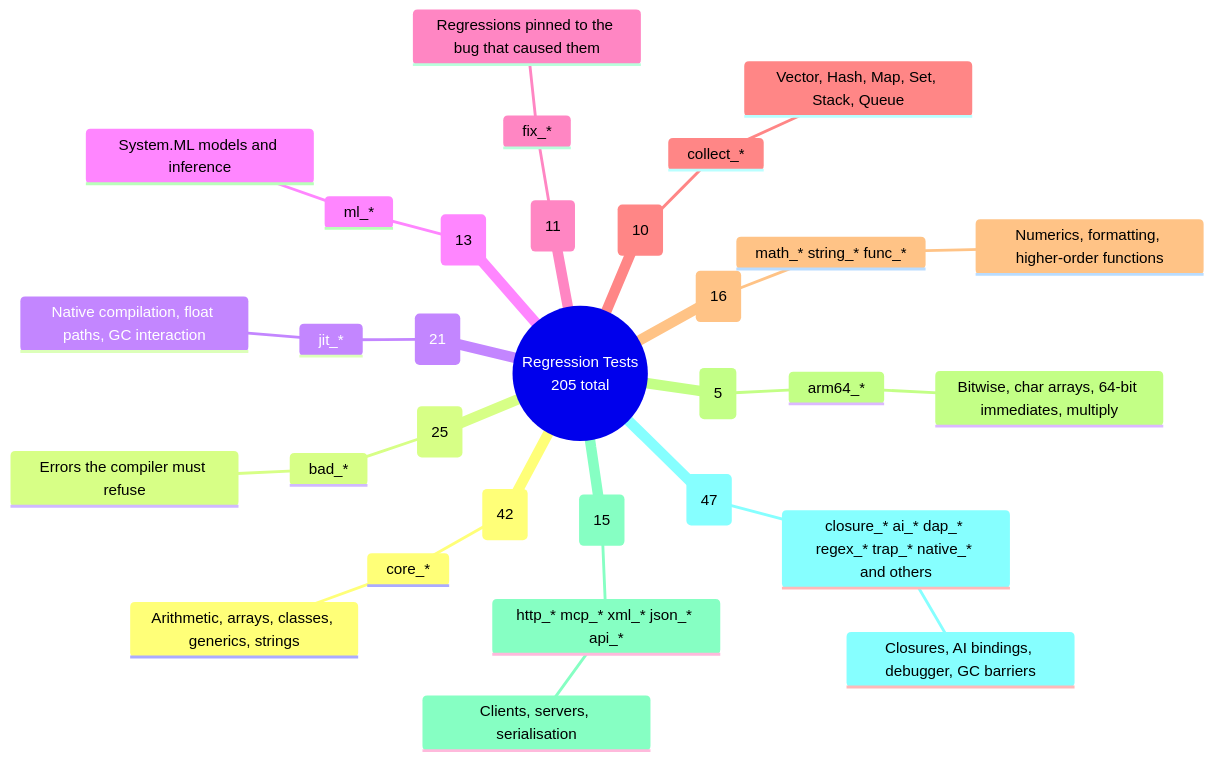
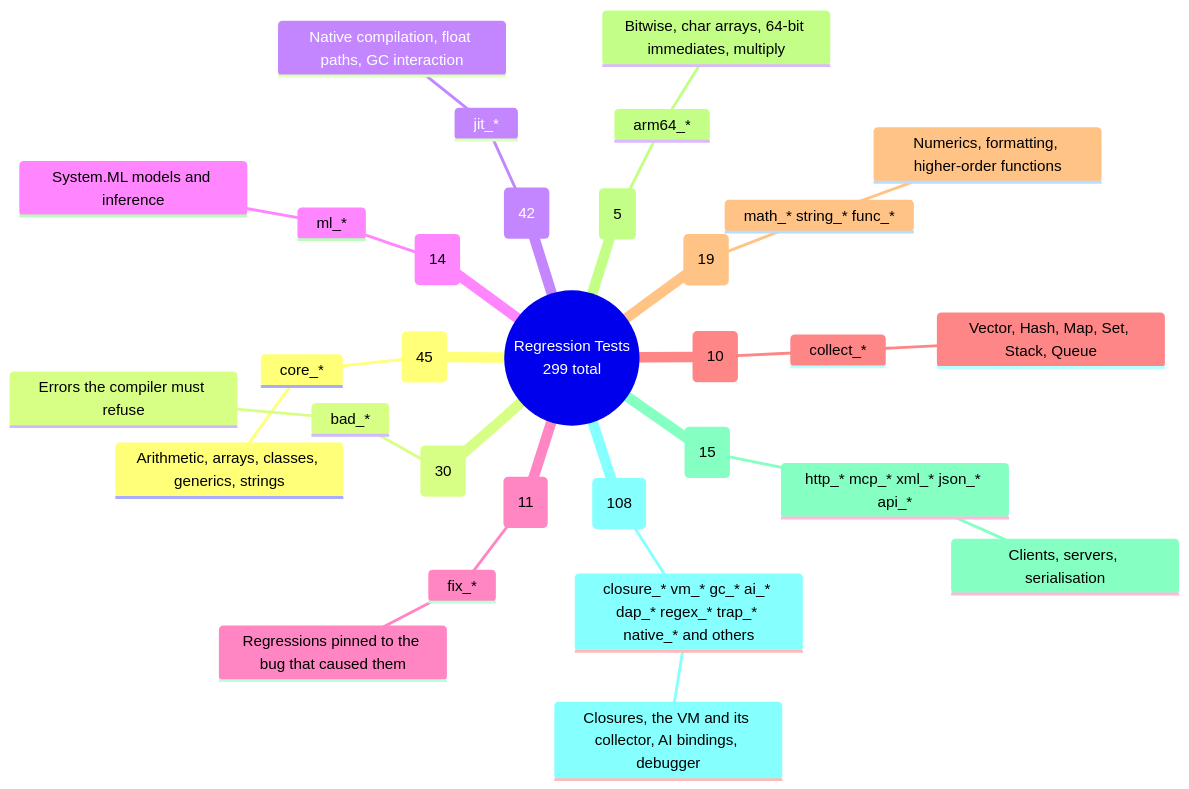
One commit to objeck/objeck-lang changed diagram 17 of 24 in docs/architecture.md. Above: the diagram before and after it, drawn with Mermaid. The commit also changed other lines of this file and 8 other files, not shown here.

First line of the commit message:
docs: refresh architecture, JIT and index docs

````diff
--- a/docs/architecture.md
+++ b/docs/architecture.md
@@ -848,35 +863,35 @@
 ```mermaid
 mindmap
     root((Regression Tests
-    205 total))
-        Language core (42)
+    299 total))
+        Language core (45)
             core_*
                 Arithmetic, arrays, classes, generics, strings
-        Rejected programs (25)
+        Rejected programs (30)
             bad_*
                 Errors the compiler must refuse
-        JIT (21)
+        JIT (42)
             jit_*
                 Native compilation, float paths, GC interaction
-        Machine learning (13)
+        Machine learning (14)
             ml_*
                 System.ML models and inference
         Fixed defects (11)
             fix_*
                 Regressions pinned to the bug that caused them
         Collections (10)
             collect_*
                 Vector, Hash, Map, Set, Stack, Queue
-        Math and strings (16)
+        Math and strings (19)
             math_* string_* func_*
                 Numerics, formatting, higher-order functions
         ARM64 specific (5)
             arm64_*
                 Bitwise, char arrays, 64-bit immediates, multiply
         Networking and web (15)
             http_* mcp_* xml_* json_* api_*
                 Clients, servers, serialisation
-        Remainder (47)
-            closure_* ai_* dap_* regex_* trap_* native_* and others
-                Closures, AI bindings, debugger, GC barriers
+        Remainder (108)
+            closure_* vm_* gc_* ai_* dap_* regex_* trap_* native_* and others
+                Closures, the VM and its collector, AI bindings, debugger
 ```
````
